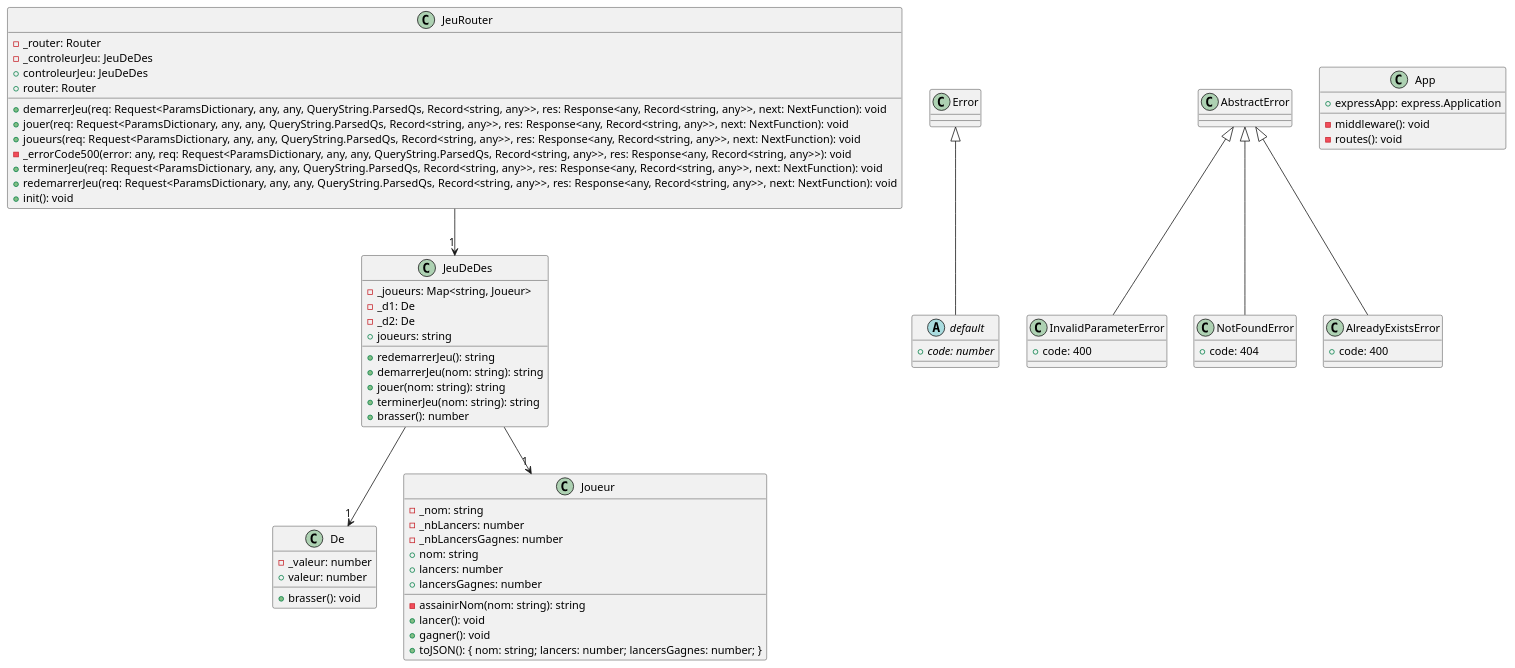
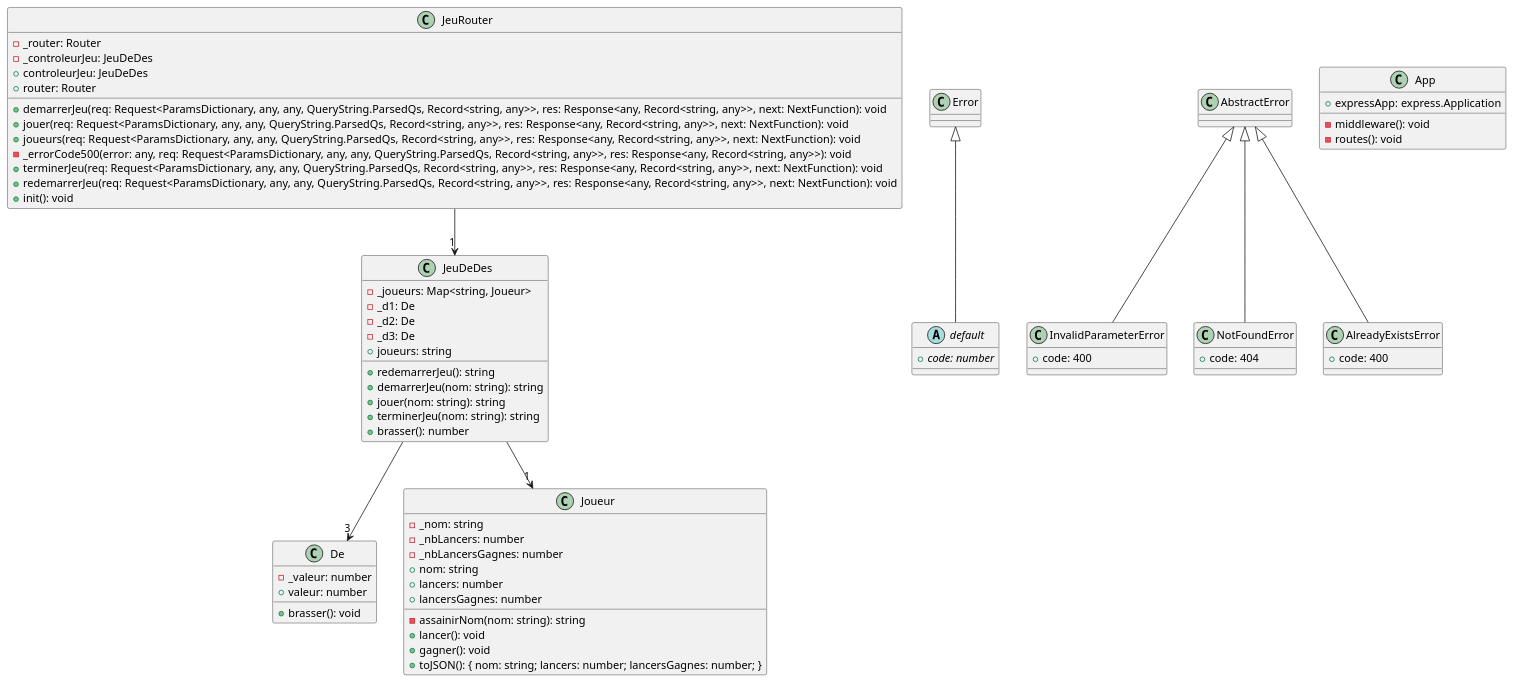
Before and after one commit to cc-probitaille/laboratoire-0-ralphgabriel04: the diagram in docs/modeles/App.puml, drawn with PlantUML. The commit also changed 7 other files, not shown here.

```diff
--- a/docs/modeles/App.puml
+++ b/docs/modeles/App.puml
@@ -1,63 +1,64 @@
 @startuml
 class De {
     -_valeur: number
     +brasser(): void
     +valeur: number
 }
 abstract class default extends Error {
     +{abstract} code: number
 }
 class InvalidParameterError extends AbstractError {
     +code: 400
 }
 class Joueur {
     -_nom: string
     -_nbLancers: number
     -_nbLancersGagnes: number
     +nom: string
     -assainirNom(nom: string): string
     +lancers: number
     +lancersGagnes: number
     +lancer(): void
     +gagner(): void
     +toJSON(): { nom: string; lancers: number; lancersGagnes: number; }
 }
 class NotFoundError extends AbstractError {
     +code: 404
 }
 class AlreadyExistsError extends AbstractError {
     +code: 400
 }
 class JeuDeDes {
     -_joueurs: Map<string, Joueur>
     -_d1: De
     -_d2: De
+    -_d3: De 
     +redemarrerJeu(): string
     +demarrerJeu(nom: string): string
     +jouer(nom: string): string
     +terminerJeu(nom: string): string
     +brasser(): number
     +joueurs: string
 }
 class JeuRouter {
     -_router: Router
     -_controleurJeu: JeuDeDes
     +controleurJeu: JeuDeDes
     +router: Router
     +demarrerJeu(req: Request<ParamsDictionary, any, any, QueryString.ParsedQs, Record<string, any>>, res: Response<any, Record<string, any>>, next: NextFunction): void
     +jouer(req: Request<ParamsDictionary, any, any, QueryString.ParsedQs, Record<string, any>>, res: Response<any, Record<string, any>>, next: NextFunction): void
     +joueurs(req: Request<ParamsDictionary, any, any, QueryString.ParsedQs, Record<string, any>>, res: Response<any, Record<string, any>>, next: NextFunction): void
     -_errorCode500(error: any, req: Request<ParamsDictionary, any, any, QueryString.ParsedQs, Record<string, any>>, res: Response<any, Record<string, any>>): void
     +terminerJeu(req: Request<ParamsDictionary, any, any, QueryString.ParsedQs, Record<string, any>>, res: Response<any, Record<string, any>>, next: NextFunction): void
     +redemarrerJeu(req: Request<ParamsDictionary, any, any, QueryString.ParsedQs, Record<string, any>>, res: Response<any, Record<string, any>>, next: NextFunction): void
     +init(): void
 }
 class App {
     +expressApp: express.Application
     -middleware(): void
     -routes(): void
 }
 JeuDeDes --> "1" Joueur
-JeuDeDes --> "1" De
+JeuDeDes --> "3" De
 JeuRouter --> "1" JeuDeDes
 @enduml
```
